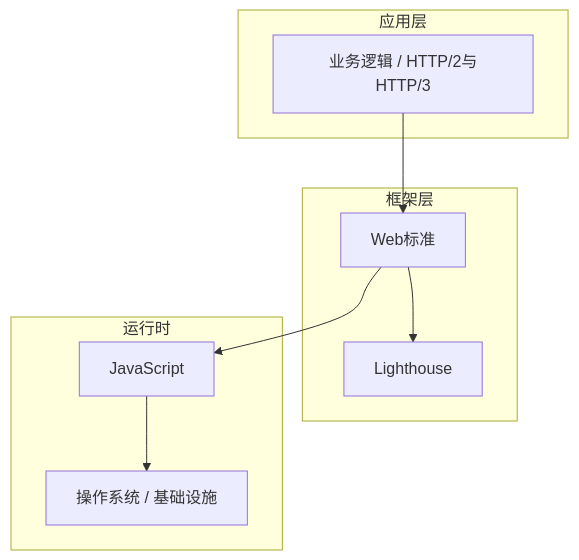
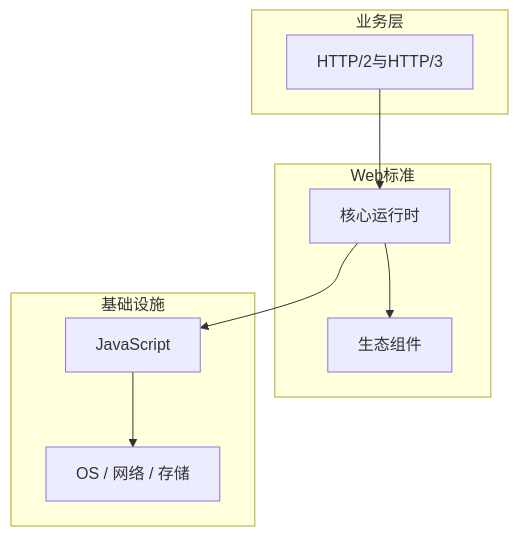
Before and after one commit to yanggan2015/knowledge-json-v2: the diagram in articles/Web性能优化/chapters/067-HTTP2与HTTP3核心概念与原理.md, drawn with Mermaid. The commit also changed other lines of this file and 10127 other files, not shown here.

````diff
--- a/articles/Web性能优化/chapters/067-HTTP2与HTTP3核心概念与原理.md
+++ b/articles/Web性能优化/chapters/067-HTTP2与HTTP3核心概念与原理.md
@@ -45,18 +34,18 @@
 ```mermaid
 graph TB
-    subgraph 应用层
-        A[业务逻辑 / HTTP/2与HTTP/3]
+    subgraph 业务层
+        A[HTTP/2与HTTP/3]
     end
-    subgraph 框架层
-        B[Web标准]
-        C[Lighthouse]
+    subgraph Web标准
+        B[核心运行时]
+        C[生态组件]
     end
-    subgraph 运行时
+    subgraph 基础设施
         D[JavaScript]
-        E[操作系统 / 基础设施]
+        E[OS / 网络 / 存储]
     end
     A --> B
     B --> C
     B --> D
     D --> E
 ```
````
